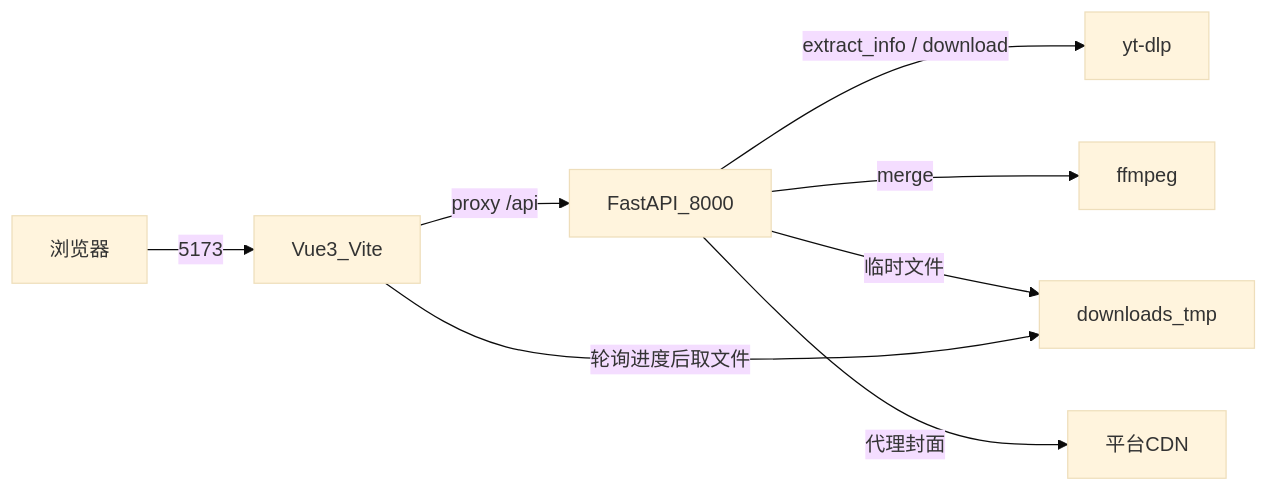
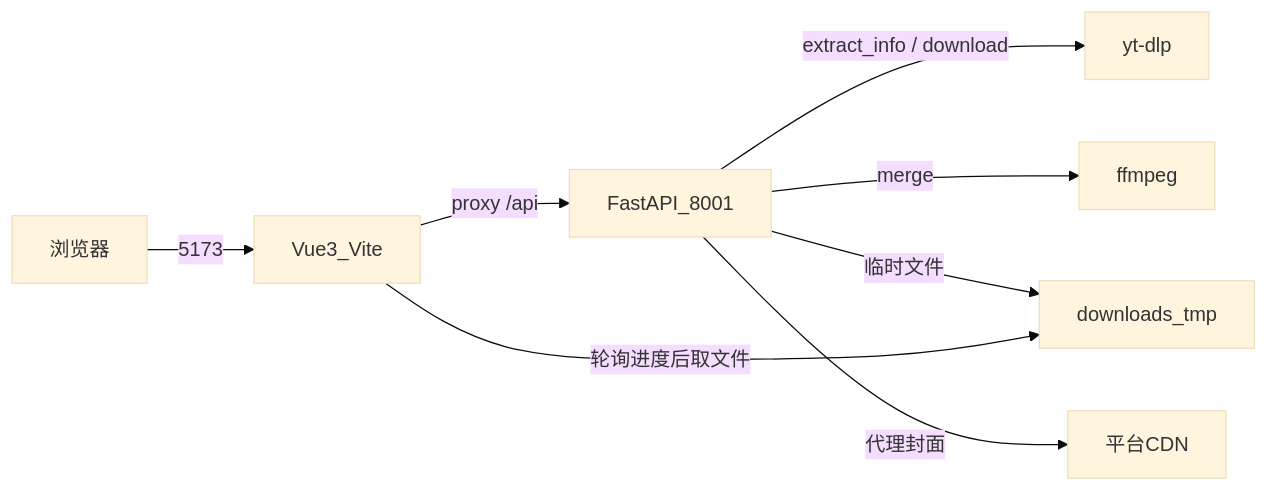
One commit to 186846/luli_video_download changed the first of 2 diagrams in docs/方案设计.md. Above: the diagram before and after it, drawn with Mermaid (base theme). The commit also changed other lines of this file and 6 other files, not shown here.

````diff
--- a/docs/方案设计.md
+++ b/docs/方案设计.md
@@ -23,10 +23,10 @@
 ```mermaid
 flowchart LR
   Browser[浏览器] -->|5173| Vue[Vue3_Vite]
-  Vue -->|"proxy /api"| API[FastAPI_8000]
+  Vue -->|"proxy /api"| API[FastAPI_8001]
   API -->|extract_info / download| YT[yt-dlp]
   API -->|merge| FF[ffmpeg]
   API -->|临时文件| Disk[downloads_tmp]
   Vue -->|轮询进度后取文件| Disk
   API -->|代理封面| CDN[平台CDN]
 ```
````
